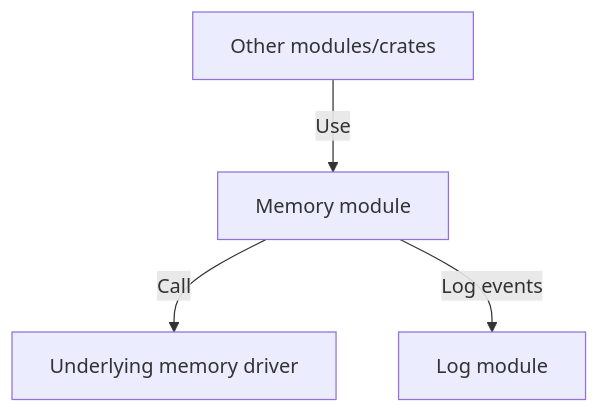
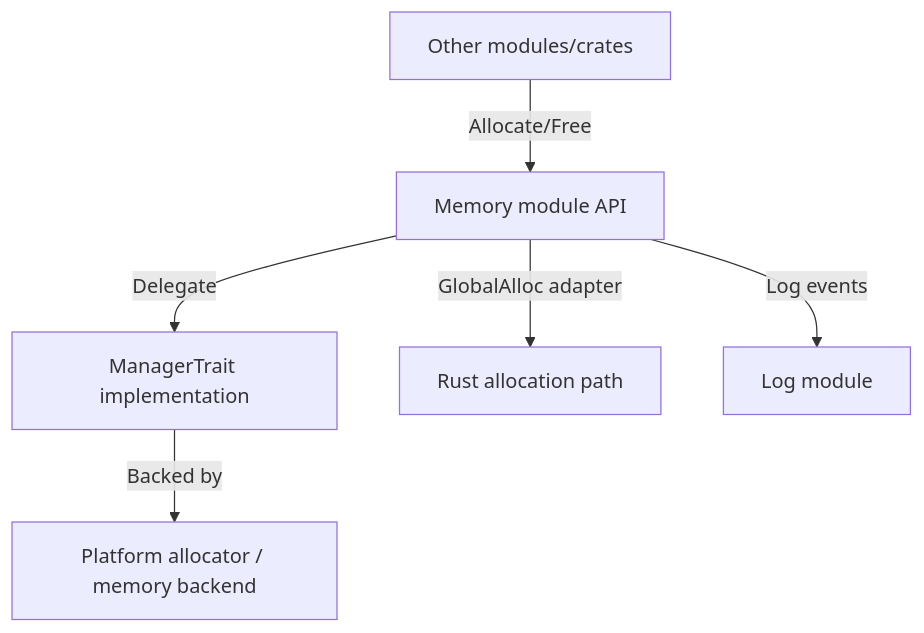
Before and after one commit to Xila-Project/Website: the diagram in src/guide/architecture/modules/memory.md, drawn with Mermaid. The commit also changed other lines of this file, not shown here.

Commit message:
feat: enhance Memory module documentation with detailed descriptions of features, dependencies, and architecture

````diff
--- a/src/guide/architecture/modules/memory.md
+++ b/src/guide/architecture/modules/memory.md
@@ -33,6 +36,8 @@
 ```mermaid
 graph TD
-    A[Other modules/crates] -->|Use| B[Memory module]
-    B -->|Call| Underlying_memory_driver[Underlying memory driver]
-    B -->|Log events| Log_module[Log module]
+    A[Other modules/crates] -->|Allocate/Free| B[Memory module API]
+    B -->|Delegate| C[ManagerTrait implementation]
+    C -->|Backed by| D[Platform allocator / memory backend]
+    B -->|GlobalAlloc adapter| E[Rust allocation path]
+    B -->|Log events| F[Log module]
 ```
````
